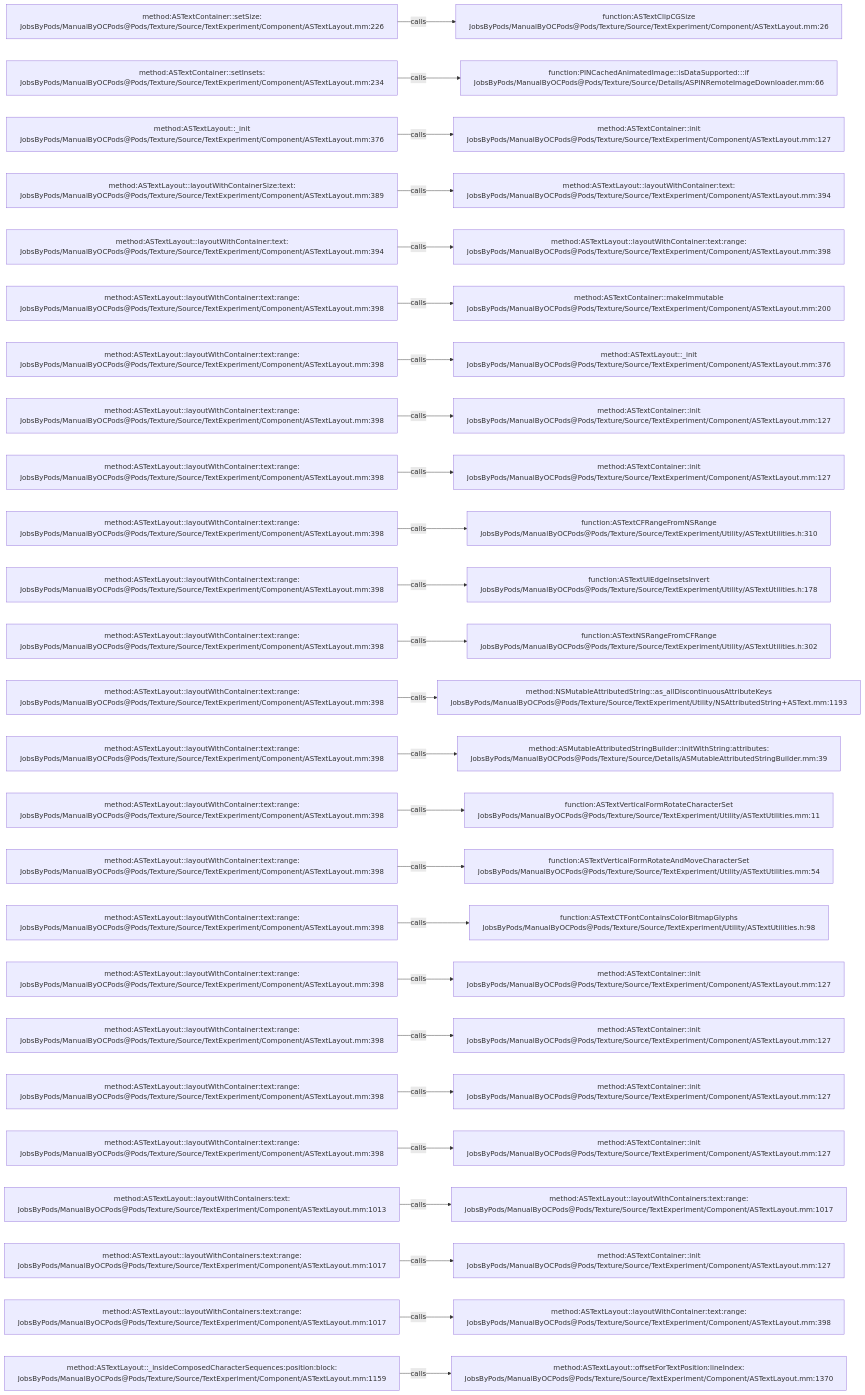
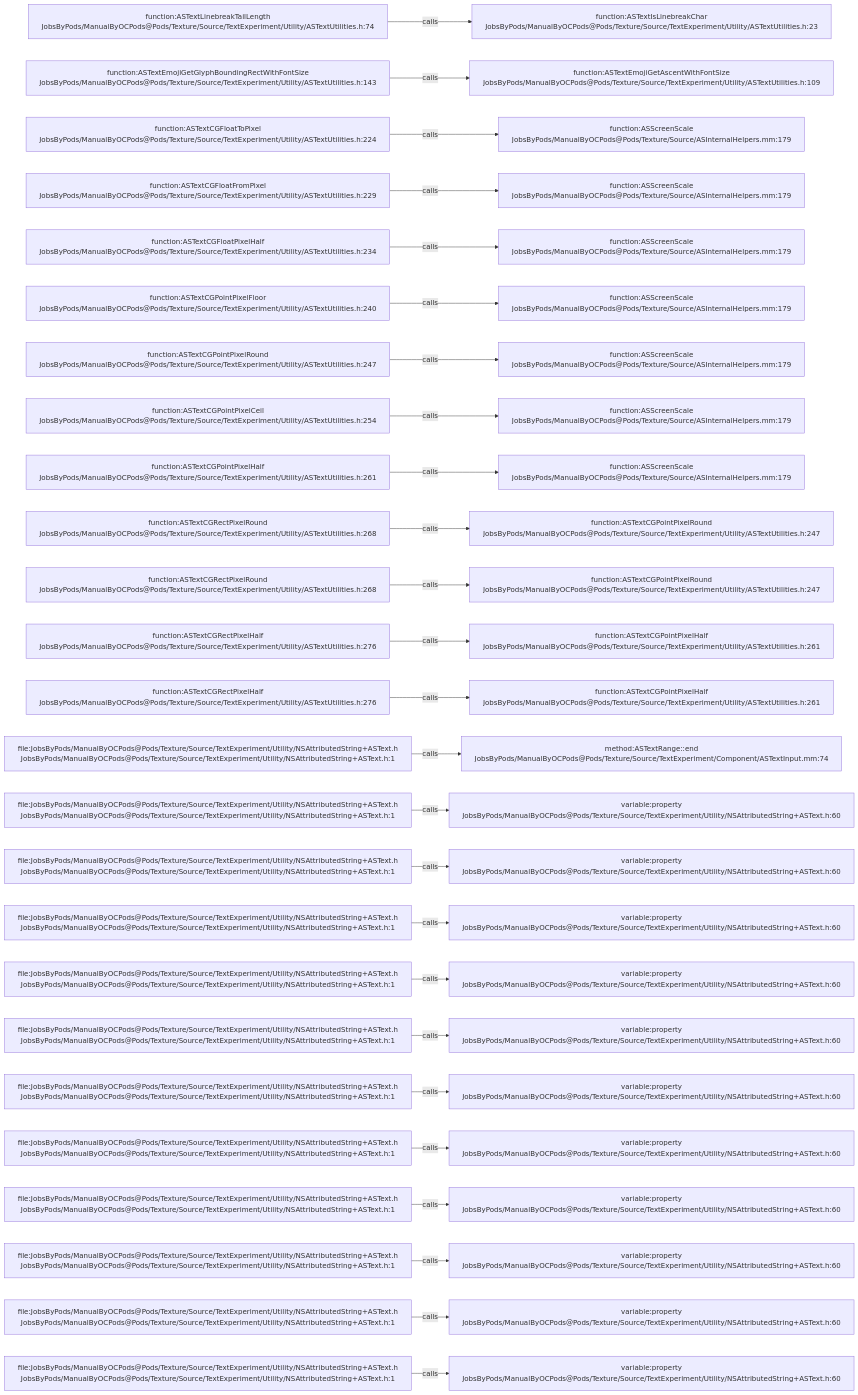
The diagram in .codegraph/codegraph.md/graphs/calls-193.md (JobsKits/JobsOCBaseConfigDemo), drawn with Mermaid before and after one commit. The commit also changed 2723 other files, not shown here.

````diff
--- a/.codegraph/codegraph.md/graphs/calls-193.md
+++ b/.codegraph/codegraph.md/graphs/calls-193.md
@@ -13,78 +13,78 @@
 ```mermaid
 flowchart LR
-  S1["method:ASTextContainer::setSize:<br/>JobsByPods/ManualByOCPods@Pods/Texture/Source/TextExperiment/Component/ASTextLayout.mm:226"]
-  T1["function:ASTextClipCGSize<br/>JobsByPods/ManualByOCPods@Pods/Texture/Source/TextExperiment/Component/ASTextLayout.mm:26"]
+  S1["function:ASTextLinebreakTailLength<br/>JobsByPods/ManualByOCPods@Pods/Texture/Source/TextExperiment/Utility/ASTextUtilities.h:74"]
+  T1["function:ASTextIsLinebreakChar<br/>JobsByPods/ManualByOCPods@Pods/Texture/Source/TextExperiment/Utility/ASTextUtilities.h:23"]
   S1 -->|calls| T1
-  S2["method:ASTextContainer::setInsets:<br/>JobsByPods/ManualByOCPods@Pods/Texture/Source/TextExperiment/Component/ASTextLayout.mm:234"]
-  T2["function:PINCachedAnimatedImage::isDataSupported:::if<br/>JobsByPods/ManualByOCPods@Pods/Texture/Source/Details/ASPINRemoteImageDownloader.mm:66"]
+  S2["function:ASTextEmojiGetGlyphBoundingRectWithFontSize<br/>JobsByPods/ManualByOCPods@Pods/Texture/Source/TextExperiment/Utility/ASTextUtilities.h:143"]
+  T2["function:ASTextEmojiGetAscentWithFontSize<br/>JobsByPods/ManualByOCPods@Pods/Texture/Source/TextExperiment/Utility/ASTextUtilities.h:109"]
   S2 -->|calls| T2
-  S3["method:ASTextLayout::_init<br/>JobsByPods/ManualByOCPods@Pods/Texture/Source/TextExperiment/Component/ASTextLayout.mm:376"]
-  T3["method:ASTextContainer::init<br/>JobsByPods/ManualByOCPods@Pods/Texture/Source/TextExperiment/Component/ASTextLayout.mm:127"]
+  S3["function:ASTextCGFloatToPixel<br/>JobsByPods/ManualByOCPods@Pods/Texture/Source/TextExperiment/Utility/ASTextUtilities.h:224"]
+  T3["function:ASScreenScale<br/>JobsByPods/ManualByOCPods@Pods/Texture/Source/ASInternalHelpers.mm:179"]
   S3 -->|calls| T3
-  S4["method:ASTextLayout::layoutWithContainerSize:text:<br/>JobsByPods/ManualByOCPods@Pods/Texture/Source/TextExperiment/Component/ASTextLayout.mm:389"]
-  T4["method:ASTextLayout::layoutWithContainer:text:<br/>JobsByPods/ManualByOCPods@Pods/Texture/Source/TextExperiment/Component/ASTextLayout.mm:394"]
+  S4["function:ASTextCGFloatFromPixel<br/>JobsByPods/ManualByOCPods@Pods/Texture/Source/TextExperiment/Utility/ASTextUtilities.h:229"]
+  T4["function:ASScreenScale<br/>JobsByPods/ManualByOCPods@Pods/Texture/Source/ASInternalHelpers.mm:179"]
   S4 -->|calls| T4
-  S5["method:ASTextLayout::layoutWithContainer:text:<br/>JobsByPods/ManualByOCPods@Pods/Texture/Source/TextExperiment/Component/ASTextLayout.mm:394"]
-  T5["method:ASTextLayout::layoutWithContainer:text:range:<br/>JobsByPods/ManualByOCPods@Pods/Texture/Source/TextExperiment/Component/ASTextLayout.mm:398"]
+  S5["function:ASTextCGFloatPixelHalf<br/>JobsByPods/ManualByOCPods@Pods/Texture/Source/TextExperiment/Utility/ASTextUtilities.h:234"]
+  T5["function:ASScreenScale<br/>JobsByPods/ManualByOCPods@Pods/Texture/Source/ASInternalHelpers.mm:179"]
   S5 -->|calls| T5
-  S6["method:ASTextLayout::layoutWithContainer:text:range:<br/>JobsByPods/ManualByOCPods@Pods/Texture/Source/TextExperiment/Component/ASTextLayout.mm:398"]
-  T6["method:ASTextContainer::makeImmutable<br/>JobsByPods/ManualByOCPods@Pods/Texture/Source/TextExperiment/Component/ASTextLayout.mm:200"]
+  S6["function:ASTextCGPointPixelFloor<br/>JobsByPods/ManualByOCPods@Pods/Texture/Source/TextExperiment/Utility/ASTextUtilities.h:240"]
+  T6["function:ASScreenScale<br/>JobsByPods/ManualByOCPods@Pods/Texture/Source/ASInternalHelpers.mm:179"]
   S6 -->|calls| T6
-  S7["method:ASTextLayout::layoutWithContainer:text:range:<br/>JobsByPods/ManualByOCPods@Pods/Texture/Source/TextExperiment/Component/ASTextLayout.mm:398"]
-  T7["method:ASTextLayout::_init<br/>JobsByPods/ManualByOCPods@Pods/Texture/Source/TextExperiment/Component/ASTextLayout.mm:376"]
+  S7["function:ASTextCGPointPixelRound<br/>JobsByPods/ManualByOCPods@Pods/Texture/Source/TextExperiment/Utility/ASTextUtilities.h:247"]
+  T7["function:ASScreenScale<br/>JobsByPods/ManualByOCPods@Pods/Texture/Source/ASInternalHelpers.mm:179"]
   S7 -->|calls| T7
-  S8["method:ASTextLayout::layoutWithContainer:text:range:<br/>JobsByPods/ManualByOCPods@Pods/Texture/Source/TextExperiment/Component/ASTextLayout.mm:398"]
-  T8["method:ASTextContainer::init<br/>JobsByPods/ManualByOCPods@Pods/Texture/Source/TextExperiment/Component/ASTextLayout.mm:127"]
+  S8["function:ASTextCGPointPixelCeil<br/>JobsByPods/ManualByOCPods@Pods/Texture/Source/TextExperiment/Utility/ASTextUtilities.h:254"]
+  T8["function:ASScreenScale<br/>JobsByPods/ManualByOCPods@Pods/Texture/Source/ASInternalHelpers.mm:179"]
   S8 -->|calls| T8
-  S9["method:ASTextLayout::layoutWithContainer:text:range:<br/>JobsByPods/ManualByOCPods@Pods/Texture/Source/TextExperiment/Component/ASTextLayout.mm:398"]
-  T9["method:ASTextContainer::init<br/>JobsByPods/ManualByOCPods@Pods/Texture/Source/TextExperiment/Component/ASTextLayout.mm:127"]
+  S9["function:ASTextCGPointPixelHalf<br/>JobsByPods/ManualByOCPods@Pods/Texture/Source/TextExperiment/Utility/ASTextUtilities.h:261"]
+  T9["function:ASScreenScale<br/>JobsByPods/ManualByOCPods@Pods/Texture/Source/ASInternalHelpers.mm:179"]
   S9 -->|calls| T9
-  S10["method:ASTextLayout::layoutWithContainer:text:range:<br/>JobsByPods/ManualByOCPods@Pods/Texture/Source/TextExperiment/Component/ASTextLayout.mm:398"]
-  T10["function:ASTextCFRangeFromNSRange<br/>JobsByPods/ManualByOCPods@Pods/Texture/Source/TextExperiment/Utility/ASTextUtilities.h:310"]
+  S10["function:ASTextCGRectPixelRound<br/>JobsByPods/ManualByOCPods@Pods/Texture/Source/TextExperiment/Utility/ASTextUtilities.h:268"]
+  T10["function:ASTextCGPointPixelRound<br/>JobsByPods/ManualByOCPods@Pods/Texture/Source/TextExperiment/Utility/ASTextUtilities.h:247"]
   S10 -->|calls| T10
-  S11["method:ASTextLayout::layoutWithContainer:text:range:<br/>JobsByPods/ManualByOCPods@Pods/Texture/Source/TextExperiment/Component/ASTextLayout.mm:398"]
-  T11["function:ASTextUIEdgeInsetsInvert<br/>JobsByPods/ManualByOCPods@Pods/Texture/Source/TextExperiment/Utility/ASTextUtilities.h:178"]
+  S11["function:ASTextCGRectPixelRound<br/>JobsByPods/ManualByOCPods@Pods/Texture/Source/TextExperiment/Utility/ASTextUtilities.h:268"]
+  T11["function:ASTextCGPointPixelRound<br/>JobsByPods/ManualByOCPods@Pods/Texture/Source/TextExperiment/Utility/ASTextUtilities.h:247"]
   S11 -->|calls| T11
-  S12["method:ASTextLayout::layoutWithContainer:text:range:<br/>JobsByPods/ManualByOCPods@Pods/Texture/Source/TextExperiment/Component/ASTextLayout.mm:398"]
-  T12["function:ASTextNSRangeFromCFRange<br/>JobsByPods/ManualByOCPods@Pods/Texture/Source/TextExperiment/Utility/ASTextUtilities.h:302"]
+  S12["function:ASTextCGRectPixelHalf<br/>JobsByPods/ManualByOCPods@Pods/Texture/Source/TextExperiment/Utility/ASTextUtilities.h:276"]
+  T12["function:ASTextCGPointPixelHalf<br/>JobsByPods/ManualByOCPods@Pods/Texture/Source/TextExperiment/Utility/ASTextUtilities.h:261"]
   S12 -->|calls| T12
-  S13["method:ASTextLayout::layoutWithContainer:text:range:<br/>JobsByPods/ManualByOCPods@Pods/Texture/Source/TextExperiment/Component/ASTextLayout.mm:398"]
-  T13["method:NSMutableAttributedString::as_allDiscontinuousAttributeKeys<br/>JobsByPods/ManualByOCPods@Pods/Texture/Source/TextExperiment/Utility/NSAttributedString+ASText.mm:1193"]
+  S13["function:ASTextCGRectPixelHalf<br/>JobsByPods/ManualByOCPods@Pods/Texture/Source/TextExperiment/Utility/ASTextUtilities.h:276"]
+  T13["function:ASTextCGPointPixelHalf<br/>JobsByPods/ManualByOCPods@Pods/Texture/Source/TextExperiment/Utility/ASTextUtilities.h:261"]
   S13 -->|calls| T13
-  S14["method:ASTextLayout::layoutWithContainer:text:range:<br/>JobsByPods/ManualByOCPods@Pods/Texture/Source/TextExperiment/Component/ASTextLayout.mm:398"]
-  T14["method:ASMutableAttributedStringBuilder::initWithString:attributes:<br/>JobsByPods/ManualByOCPods@Pods/Texture/Source/Details/ASMutableAttributedStringBuilder.mm:39"]
+  S14["file:JobsByPods/ManualByOCPods@Pods/Texture/Source/TextExperiment/Utility/NSAttributedString+ASText.h<br/>JobsByPods/ManualByOCPods@Pods/Texture/Source/TextExperiment/Utility/NSAttributedString+ASText.h:1"]
+  T14["method:ASTextRange::end<br/>JobsByPods/ManualByOCPods@Pods/Texture/Source/TextExperiment/Component/ASTextInput.mm:74"]
   S14 -->|calls| T14
-  S15["method:ASTextLayout::layoutWithContainer:text:range:<br/>JobsByPods/ManualByOCPods@Pods/Texture/Source/TextExperiment/Component/ASTextLayout.mm:398"]
-  T15["function:ASTextVerticalFormRotateCharacterSet<br/>JobsByPods/ManualByOCPods@Pods/Texture/Source/TextExperiment/Utility/ASTextUtilities.mm:11"]
+  S15["file:JobsByPods/ManualByOCPods@Pods/Texture/Source/TextExperiment/Utility/NSAttributedString+ASText.h<br/>JobsByPods/ManualByOCPods@Pods/Texture/Source/TextExperiment/Utility/NSAttributedString+ASText.h:1"]
+  T15["variable:property<br/>JobsByPods/ManualByOCPods@Pods/Texture/Source/TextExperiment/Utility/NSAttributedString+ASText.h:60"]
   S15 -->|calls| T15
-  S16["method:ASTextLayout::layoutWithContainer:text:range:<br/>JobsByPods/ManualByOCPods@Pods/Texture/Source/TextExperiment/Component/ASTextLayout.mm:398"]
-  T16["function:ASTextVerticalFormRotateAndMoveCharacterSet<br/>JobsByPods/ManualByOCPods@Pods/Texture/Source/TextExperiment/Utility/ASTextUtilities.mm:54"]
+  S16["file:JobsByPods/ManualByOCPods@Pods/Texture/Source/TextExperiment/Utility/NSAttributedString+ASText.h<br/>JobsByPods/ManualByOCPods@Pods/Texture/Source/TextExperiment/Utility/NSAttributedString+ASText.h:1"]
+  T16["variable:property<br/>JobsByPods/ManualByOCPods@Pods/Texture/Source/TextExperiment/Utility/NSAttributedString+ASText.h:60"]
   S16 -->|calls| T16
-  S17["method:ASTextLayout::layoutWithContainer:text:range:<br/>JobsByPods/ManualByOCPods@Pods/Texture/Source/TextExperiment/Component/ASTextLayout.mm:398"]
-  T17["function:ASTextCTFontContainsColorBitmapGlyphs<br/>JobsByPods/ManualByOCPods@Pods/Texture/Source/TextExperiment/Utility/ASTextUtilities.h:98"]
+  S17["file:JobsByPods/ManualByOCPods@Pods/Texture/Source/TextExperiment/Utility/NSAttributedString+ASText.h<br/>JobsByPods/ManualByOCPods@Pods/Texture/Source/TextExperiment/Utility/NSAttributedString+ASText.h:1"]
+  T17["variable:property<br/>JobsByPods/ManualByOCPods@Pods/Texture/Source/TextExperiment/Utility/NSAttributedString+ASText.h:60"]
   S17 -->|calls| T17
-  S18["method:ASTextLayout::layoutWithContainer:text:range:<br/>JobsByPods/ManualByOCPods@Pods/Texture/Source/TextExperiment/Component/ASTextLayout.mm:398"]
-  T18["method:ASTextContainer::init<br/>JobsByPods/ManualByOCPods@Pods/Texture/Source/TextExperiment/Component/ASTextLayout.mm:127"]
+  S18["file:JobsByPods/ManualByOCPods@Pods/Texture/Source/TextExperiment/Utility/NSAttributedString+ASText.h<br/>JobsByPods/ManualByOCPods@Pods/Texture/Source/TextExperiment/Utility/NSAttributedString+ASText.h:1"]
+  T18["variable:property<br/>JobsByPods/ManualByOCPods@Pods/Texture/Source/TextExperiment/Utility/NSAttributedString+ASText.h:60"]
   S18 -->|calls| T18
-  S19["method:ASTextLayout::layoutWithContainer:text:range:<br/>JobsByPods/ManualByOCPods@Pods/Texture/Source/TextExperiment/Component/ASTextLayout.mm:398"]
-  T19["method:ASTextContainer::init<br/>JobsByPods/ManualByOCPods@Pods/Texture/Source/TextExperiment/Component/ASTextLayout.mm:127"]
+  S19["file:JobsByPods/ManualByOCPods@Pods/Texture/Source/TextExperiment/Utility/NSAttributedString+ASText.h<br/>JobsByPods/ManualByOCPods@Pods/Texture/Source/TextExperiment/Utility/NSAttributedString+ASText.h:1"]
+  T19["variable:property<br/>JobsByPods/ManualByOCPods@Pods/Texture/Source/TextExperiment/Utility/NSAttributedString+ASText.h:60"]
   S19 -->|calls| T19
-  S20["method:ASTextLayout::layoutWithContainer:text:range:<br/>JobsByPods/ManualByOCPods@Pods/Texture/Source/TextExperiment/Component/ASTextLayout.mm:398"]
-  T20["method:ASTextContainer::init<br/>JobsByPods/ManualByOCPods@Pods/Texture/Source/TextExperiment/Component/ASTextLayout.mm:127"]
+  S20["file:JobsByPods/ManualByOCPods@Pods/Texture/Source/TextExperiment/Utility/NSAttributedString+ASText.h<br/>JobsByPods/ManualByOCPods@Pods/Texture/Source/TextExperiment/Utility/NSAttributedString+ASText.h:1"]
+  T20["variable:property<br/>JobsByPods/ManualByOCPods@Pods/Texture/Source/TextExperiment/Utility/NSAttributedString+ASText.h:60"]
   S20 -->|calls| T20
-  S21["method:ASTextLayout::layoutWithContainer:text:range:<br/>JobsByPods/ManualByOCPods@Pods/Texture/Source/TextExperiment/Component/ASTextLayout.mm:398"]
-  T21["method:ASTextContainer::init<br/>JobsByPods/ManualByOCPods@Pods/Texture/Source/TextExperiment/Component/ASTextLayout.mm:127"]
+  S21["file:JobsByPods/ManualByOCPods@Pods/Texture/Source/TextExperiment/Utility/NSAttributedString+ASText.h<br/>JobsByPods/ManualByOCPods@Pods/Texture/Source/TextExperiment/Utility/NSAttributedString+ASText.h:1"]
+  T21["variable:property<br/>JobsByPods/ManualByOCPods@Pods/Texture/Source/TextExperiment/Utility/NSAttributedString+ASText.h:60"]
   S21 -->|calls| T21
-  S22["method:ASTextLayout::layoutWithContainers:text:<br/>JobsByPods/ManualByOCPods@Pods/Texture/Source/TextExperiment/Component/ASTextLayout.mm:1013"]
-  T22["method:ASTextLayout::layoutWithContainers:text:range:<br/>JobsByPods/ManualByOCPods@Pods/Texture/Source/TextExperiment/Component/ASTextLayout.mm:1017"]
+  S22["file:JobsByPods/ManualByOCPods@Pods/Texture/Source/TextExperiment/Utility/NSAttributedString+ASText.h<br/>JobsByPods/ManualByOCPods@Pods/Texture/Source/TextExperiment/Utility/NSAttributedString+ASText.h:1"]
+  T22["variable:property<br/>JobsByPods/ManualByOCPods@Pods/Texture/Source/TextExperiment/Utility/NSAttributedString+ASText.h:60"]
   S22 -->|calls| T22
-  S23["method:ASTextLayout::layoutWithContainers:text:range:<br/>JobsByPods/ManualByOCPods@Pods/Texture/Source/TextExperiment/Component/ASTextLayout.mm:1017"]
-  T23["method:ASTextContainer::init<br/>JobsByPods/ManualByOCPods@Pods/Texture/Source/TextExperiment/Component/ASTextLayout.mm:127"]
+  S23["file:JobsByPods/ManualByOCPods@Pods/Texture/Source/TextExperiment/Utility/NSAttributedString+ASText.h<br/>JobsByPods/ManualByOCPods@Pods/Texture/Source/TextExperiment/Utility/NSAttributedString+ASText.h:1"]
+  T23["variable:property<br/>JobsByPods/ManualByOCPods@Pods/Texture/Source/TextExperiment/Utility/NSAttributedString+ASText.h:60"]
   S23 -->|calls| T23
-  S24["method:ASTextLayout::layoutWithContainers:text:range:<br/>JobsByPods/ManualByOCPods@Pods/Texture/Source/TextExperiment/Component/ASTextLayout.mm:1017"]
-  T24["method:ASTextLayout::layoutWithContainer:text:range:<br/>JobsByPods/ManualByOCPods@Pods/Texture/Source/TextExperiment/Component/ASTextLayout.mm:398"]
+  S24["file:JobsByPods/ManualByOCPods@Pods/Texture/Source/TextExperiment/Utility/NSAttributedString+ASText.h<br/>JobsByPods/ManualByOCPods@Pods/Texture/Source/TextExperiment/Utility/NSAttributedString+ASText.h:1"]
+  T24["variable:property<br/>JobsByPods/ManualByOCPods@Pods/Texture/Source/TextExperiment/Utility/NSAttributedString+ASText.h:60"]
   S24 -->|calls| T24
-  S25["method:ASTextLayout::_insideComposedCharacterSequences:position:block:<br/>JobsByPods/ManualByOCPods@Pods/Texture/Source/TextExperiment/Component/ASTextLayout.mm:1159"]
-  T25["method:ASTextLayout::offsetForTextPosition:lineIndex:<br/>JobsByPods/ManualByOCPods@Pods/Texture/Source/TextExperiment/Component/ASTextLayout.mm:1370"]
+  S25["file:JobsByPods/ManualByOCPods@Pods/Texture/Source/TextExperiment/Utility/NSAttributedString+ASText.h<br/>JobsByPods/ManualByOCPods@Pods/Texture/Source/TextExperiment/Utility/NSAttributedString+ASText.h:1"]
+  T25["variable:property<br/>JobsByPods/ManualByOCPods@Pods/Texture/Source/TextExperiment/Utility/NSAttributedString+ASText.h:60"]
   S25 -->|calls| T25
 ```
````
